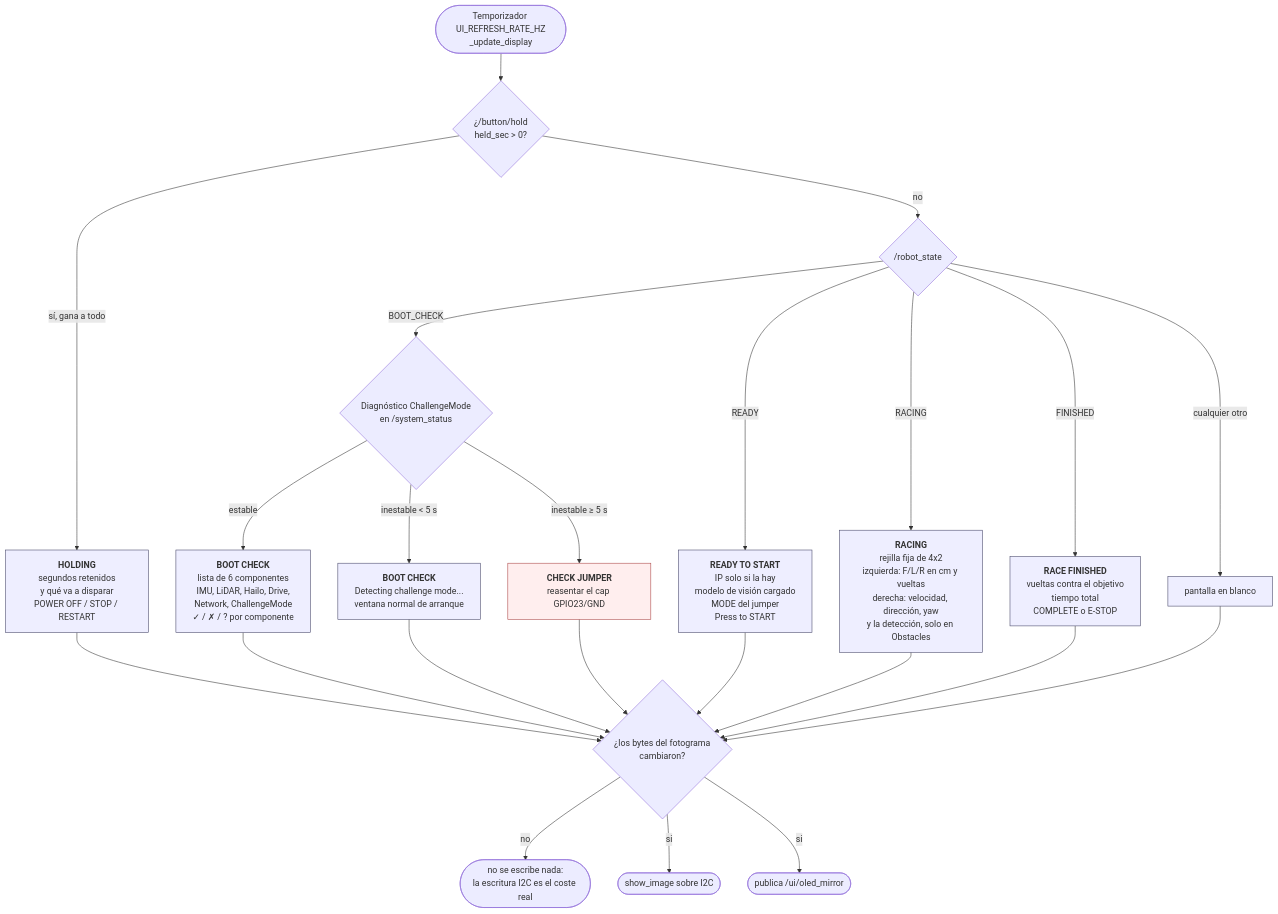
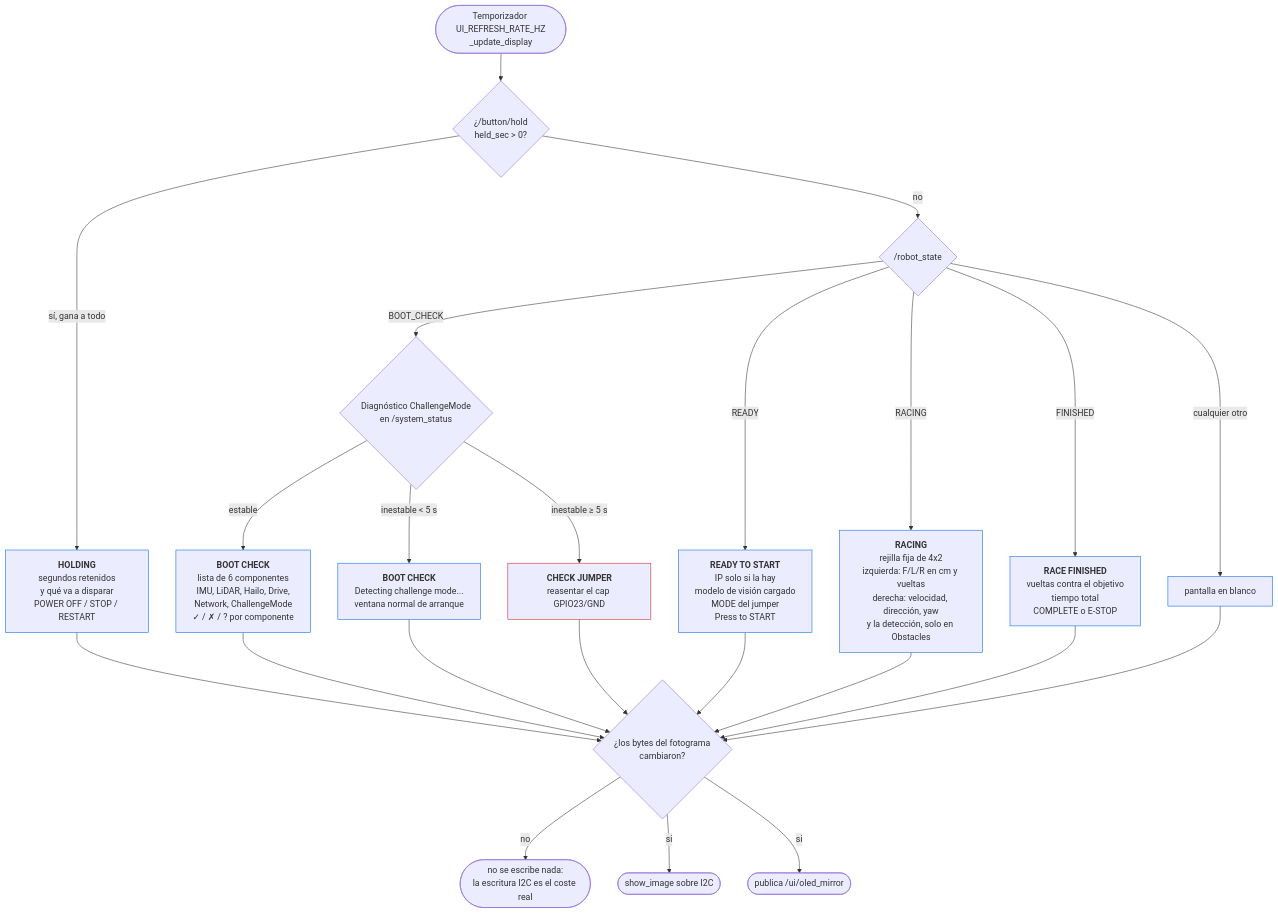
The fourth of 16 diagrams in README.md (teamvoltimor/vtitan), drawn with Mermaid before and after one commit. The commit also changed other lines of this file and 73 other files, not shown here.

First line of the commit message:
docs(repo): theme-adaptive mermaid fills, WebP-only blueprints, klevor rename

````diff
--- a/README.md
+++ b/README.md
@@ -1278,50 +1293,50 @@
 ```mermaid
 flowchart TD
     TIMER(["Temporizador UI_REFRESH_RATE_HZ<br/>_update_display"])
     HOLD{"¿/button/hold<br/>held_sec &gt; 0?"}
     STATE{"/robot_state"}
 
     TIMER --> HOLD
     HOLD -->|"sí, gana a todo"| PHOLD
     HOLD -->|no| STATE
 
     PHOLD["<b>HOLDING</b><br/>segundos retenidos<br/>y qué va a disparar<br/>POWER OFF / STOP / RESTART"]
 
     STATE -->|BOOT_CHECK| JUMPER
     STATE -->|READY| PREADY
     STATE -->|RACING| PRACING
     STATE -->|FINISHED| PFIN
     STATE -->|"cualquier otro"| PBLANK
 
     JUMPER{"Diagnóstico ChallengeMode<br/>en /system_status"}
     JUMPER -->|"estable"| PBOOT
     JUMPER -->|"inestable &lt; 5 s"| PDETECT
     JUMPER -->|"inestable &ge; 5 s"| PFAULT
 
     PBOOT["<b>BOOT CHECK</b><br/>lista de 6 componentes<br/>IMU, LiDAR, Hailo, Drive,<br/>Network, ChallengeMode<br/>✓ / ✗ / ? por componente"]
     PDETECT["<b>BOOT CHECK</b><br/>Detecting challenge mode...<br/>ventana normal de arranque"]
     PFAULT["<b>CHECK JUMPER</b><br/>reasentar el cap GPIO23/GND"]
     PREADY["<b>READY TO START</b><br/>IP solo si la hay<br/>modelo de visión cargado<br/>MODE del jumper<br/>Press to START"]
     PRACING["<b>RACING</b><br/>rejilla fija de 4x2<br/>izquierda: F/L/R en cm y vueltas<br/>derecha: velocidad, dirección, yaw<br/>y la detección, solo en Obstacles"]
     PFIN["<b>RACE FINISHED</b><br/>vueltas contra el objetivo<br/>tiempo total<br/>COMPLETE o E-STOP"]
     PBLANK["pantalla en blanco"]
 
     DEDUP{"¿los bytes del fotograma<br/>cambiaron?"}
     PHOLD --> DEDUP
     PBOOT --> DEDUP
     PDETECT --> DEDUP
     PFAULT --> DEDUP
     PREADY --> DEDUP
     PRACING --> DEDUP
     PFIN --> DEDUP
     PBLANK --> DEDUP
 
     DEDUP -->|no| SKIP(["no se escribe nada:<br/>la escritura I2C es el coste real"])
     DEDUP -->|si| I2C(["show_image sobre I2C"])
     DEDUP -->|si| MIRROR(["publica /ui/oled_mirror"])
 
-    classDef pagina fill:#eef,stroke:#446
-    classDef fallo fill:#fee,stroke:#a44
+classDef pagina stroke:#0969da
+classDef fallo stroke:#cf222e
     class PHOLD,PBOOT,PDETECT,PREADY,PRACING,PFIN,PBLANK pagina
     class PFAULT fallo
 ```
````
